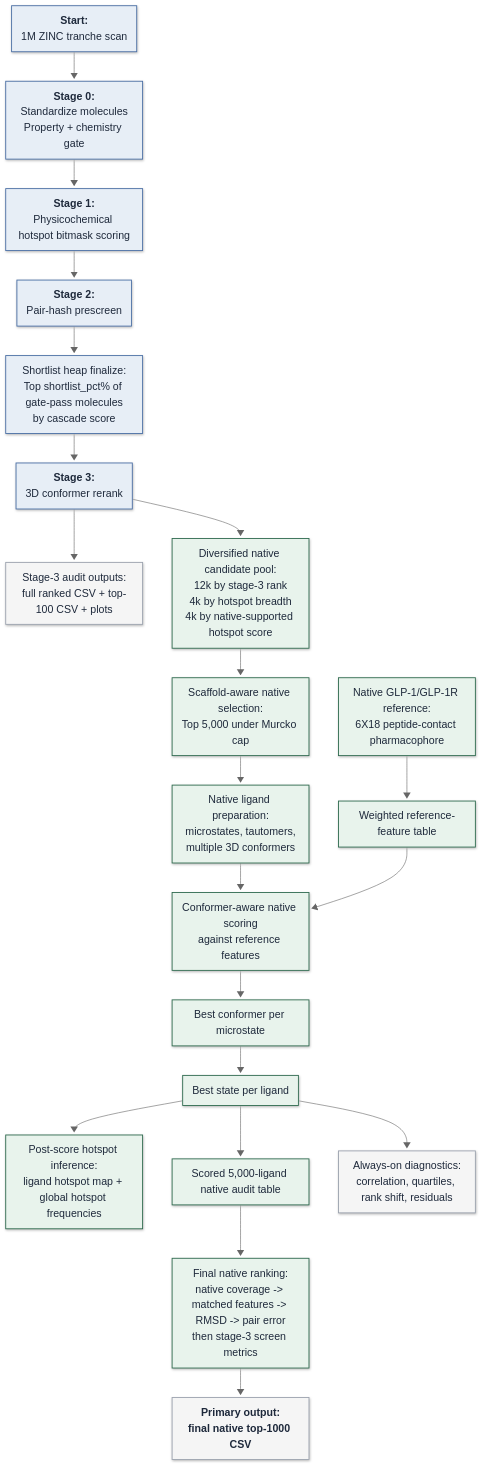
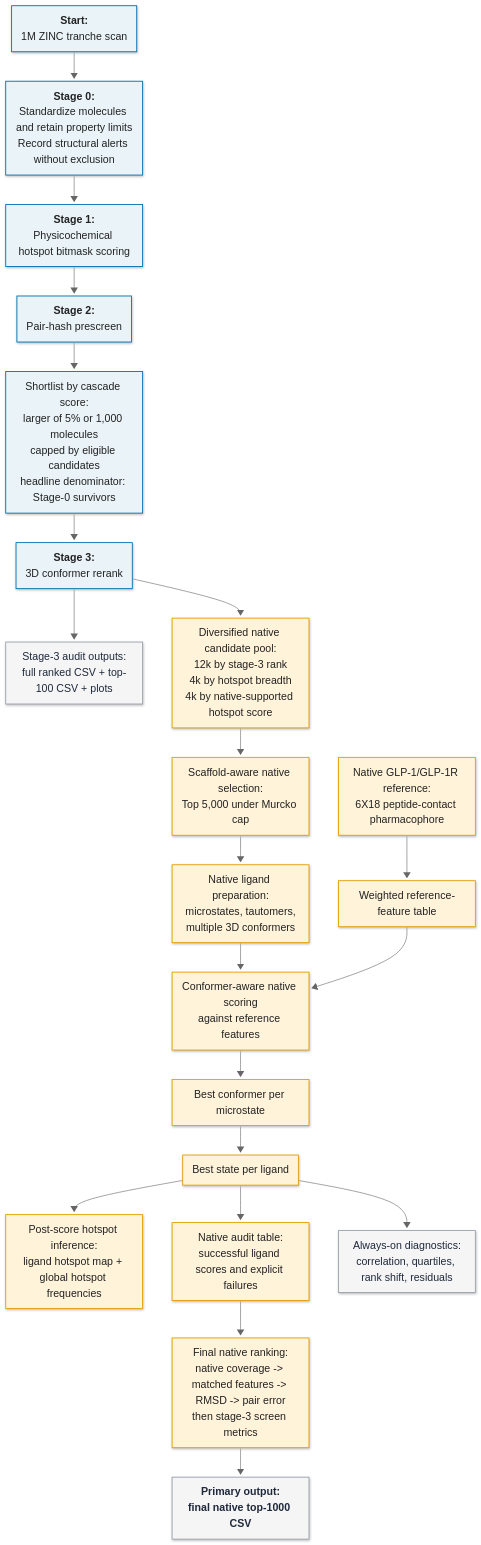
One commit to kevinmsong/PharmacophoreCascade changed the diagram in virtual_screening_pipeline.mmd. Above: the diagram before and after it, drawn with Mermaid. The commit also changed 869 other files, not shown here.

```diff
--- a/virtual_screening_pipeline.mmd
+++ b/virtual_screening_pipeline.mmd
@@ -1,52 +1,52 @@
 ---
 config:
   theme: neutral
   look: neo
   layout: fixed
   fontSize: 18
   padding: 10
 ---
 flowchart TB
-    A["<b>Start:</b> <br>1M ZINC tranche scan"] --> B["<b>Stage 0:</b><br>Standardize molecules<br>Property + chemistry gate"]
+    A["<b>Start:</b> <br>1M ZINC tranche scan"] --> B["<b>Stage 0:</b><br>Standardize molecules and retain property limits<br>Record structural alerts without exclusion"]
     B --> C["<b>Stage 1:</b><br>Physicochemical hotspot bitmask scoring"]
     C --> D["<b>Stage 2:</b><br>Pair-hash prescreen"]
-    D --> E["Shortlist heap finalize:<br>Top shortlist_pct% of gate-pass molecules<br>by cascade score"]
+    D --> E["Shortlist by cascade score:<br>larger of 5% or 1,000 molecules<br>capped by eligible candidates<br>headline denominator: Stage-0 survivors"]
     E --> F["<b>Stage 3:</b><br>3D conformer rerank"]
     F --> G["Stage-3 audit outputs:<br>full ranked CSV + top-100 CSV + plots"]
     F --> H["Diversified native candidate pool:<br>12k by stage-3 rank<br>4k by hotspot breadth<br>4k by native-supported hotspot score"]
     H --> I["Scaffold-aware native selection:<br>Top 5,000 under Murcko cap"]
     I --> J["Native ligand preparation:<br>microstates, tautomers,<br>multiple 3D conformers"]
     K["Native GLP-1/GLP-1R reference:<br>6X18 peptide-contact pharmacophore"] --> L["Weighted reference-feature table"]
     J --> N["Conformer-aware native scoring<br>against reference features"]
     L --> N
     N --> O["Best conformer per microstate"]
     O --> P["Best state per ligand"]
     P --> Q["Post-score hotspot inference:<br>ligand hotspot map + global hotspot frequencies"]
-    P --> R["Scored 5,000-ligand native audit table"]
+    P --> R["Native audit table:<br>successful ligand scores and explicit failures"]
     R --> S["Final native ranking:<br>native coverage -> matched features -> RMSD -> pair error<br>then stage-3 screen metrics"]
     S --> T["<b>Primary output:<br>final native top-1000 CSV</b>"]
     P --> U["Always-on diagnostics:<br>correlation, quartiles, rank shift, residuals"]
 
      A:::stage
      B:::stage
      C:::stage
      D:::stage
      E:::stage
      F:::stage
      G:::output
      H:::native
      I:::native
      J:::native
      K:::native
      L:::native
      N:::native
      O:::native
      P:::native
      Q:::native
      R:::native
      S:::native
      T:::output
      U:::output
-    classDef stage fill:#e7eef6,stroke:#4a6fa5,color:#1e293b,stroke-width:1.5px,font-size:18px
-    classDef native fill:#e8f3ec,stroke:#2f6b4f,color:#1e293b,stroke-width:1.5px,font-size:18px
+    classDef stage fill:#EAF3F8,stroke:#0072B2,color:#222222,stroke-width:1.5px,font-size:18px
+    classDef native fill:#FFF3DA,stroke:#E69F00,color:#222222,stroke-width:1.5px,font-size:18px
     classDef output fill:#f5f5f5,stroke:#9ca3af,color:#1e293b,stroke-width:1.5px,font-size:18px
```
